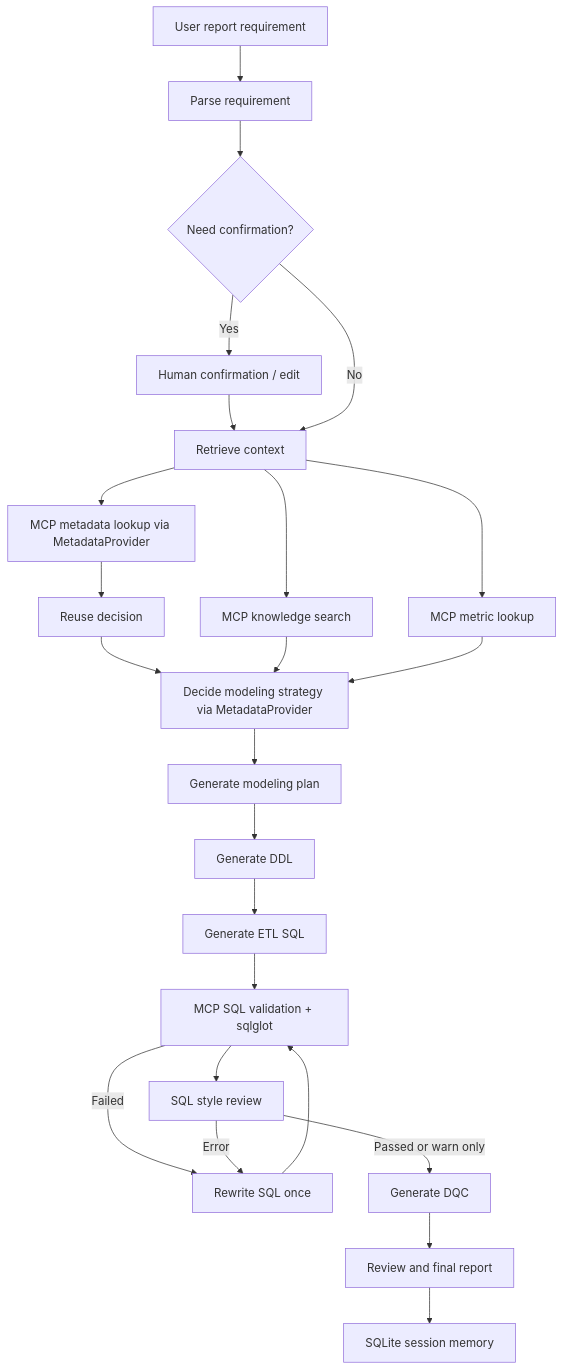
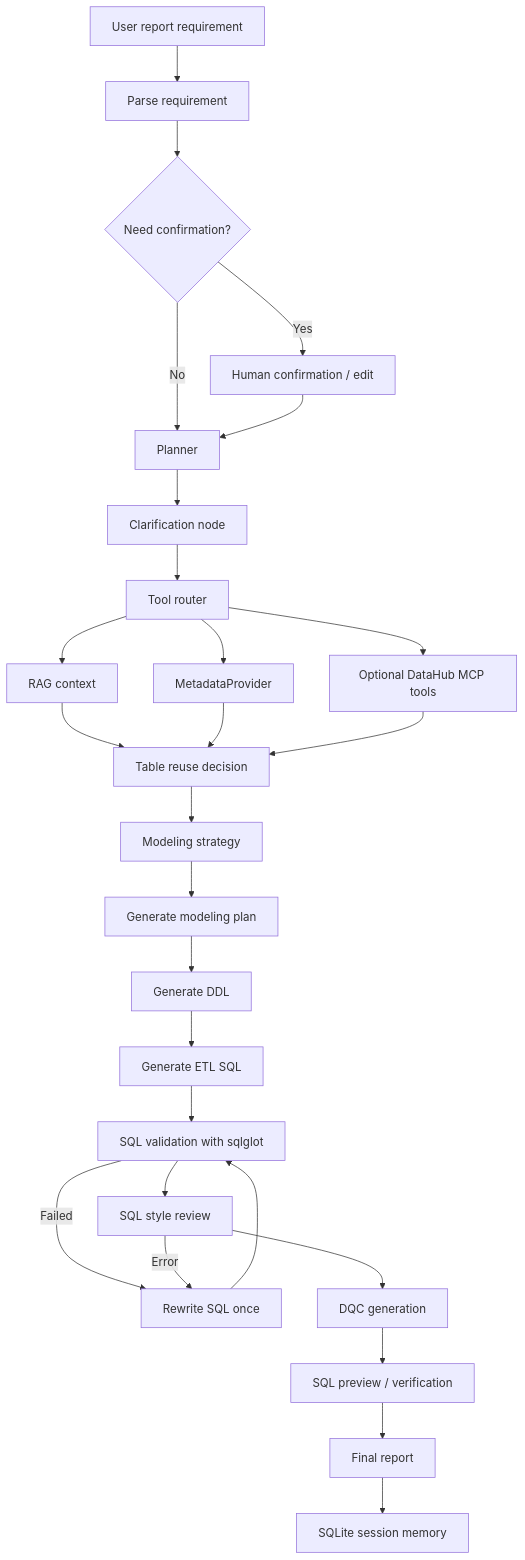
Before and after one commit to juebunengkun/warehouse-agent-mvp: the diagram in README.md, drawn with Mermaid. The commit also changed other lines of this file, not shown here.

Commit message:
Refresh GitHub project page

````diff
--- a/README.md
+++ b/README.md
@@ -49,26 +74,29 @@
 ```mermaid
 flowchart TD
     A["User report requirement"] --> B["Parse requirement"]
     B --> C{"Need confirmation?"}
     C -->|Yes| D["Human confirmation / edit"]
-    D --> E["Retrieve context"]
-    C -->|No| E
-    E --> F["MCP knowledge search"]
-    E --> G["MCP metric lookup"]
-    E --> H["MCP metadata lookup via MetadataProvider"]
-    H --> I["Reuse decision"]
-    I --> J["Decide modeling strategy via MetadataProvider"]
-    F --> J
-    G --> J
-    J --> K["Generate modeling plan"]
-    K --> L["Generate DDL"]
-    L --> M["Generate ETL SQL"]
-    M --> N["MCP SQL validation + sqlglot"]
-    N -->|Failed| O["Rewrite SQL once"]
-    O --> N
-    N --> P["SQL style review"]
-    P -->|Error| O
-    P -->|Passed or warn only| Q["Generate DQC"]
-    Q --> R["Review and final report"]
-    R --> S["SQLite session memory"]
+    C -->|No| E["Planner"]
+    D --> E
+    E --> F["Clarification node"]
+    F --> G["Tool router"]
+    G --> H["RAG context"]
+    G --> I["MetadataProvider"]
+    G --> J["Optional DataHub MCP tools"]
+    H --> K["Table reuse decision"]
+    I --> K
+    J --> K
+    K --> L["Modeling strategy"]
+    L --> M["Generate modeling plan"]
+    M --> N["Generate DDL"]
+    N --> O["Generate ETL SQL"]
+    O --> P["SQL validation with sqlglot"]
+    P -->|Failed| Q["Rewrite SQL once"]
+    Q --> P
+    P --> R["SQL style review"]
+    R -->|Error| Q
+    R --> S["DQC generation"]
+    S --> T["SQL preview / verification"]
+    T --> U["Final report"]
+    U --> V["SQLite session memory"]
 ```
````
